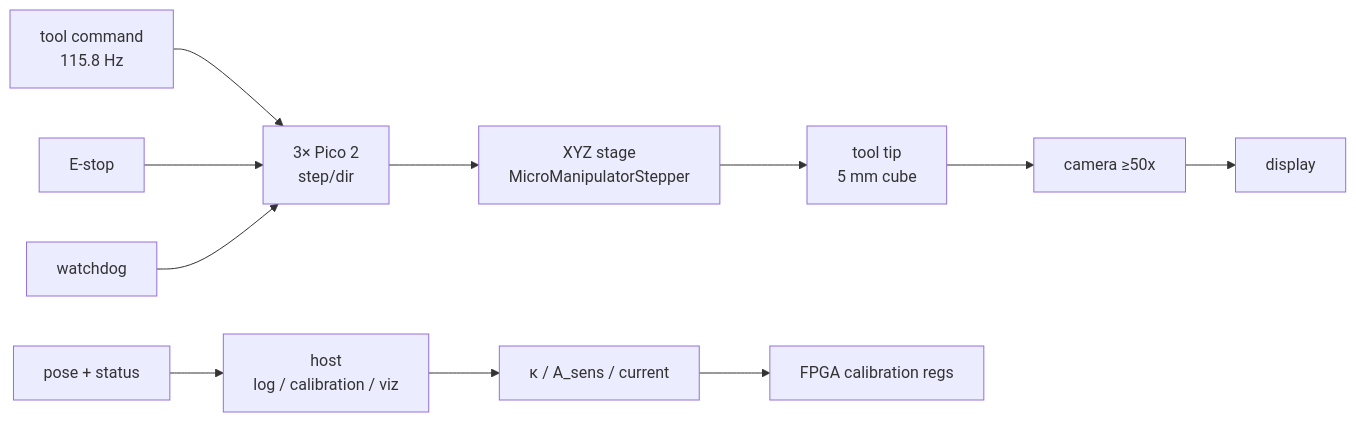
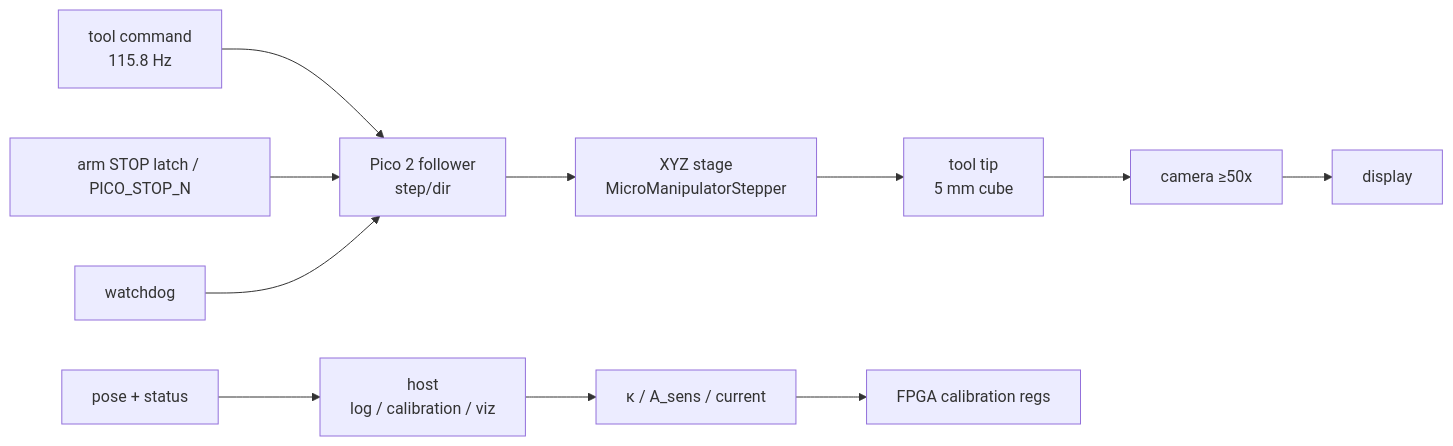
Before and after one commit to poisnoir/Capstone: the sixth of 9 diagrams in docs/phase2/system_flowchart.md, drawn with Mermaid. The commit also changed other lines of this file and 25 other files, not shown here.

````diff
--- a/docs/phase2/system_flowchart.md
+++ b/docs/phase2/system_flowchart.md
@@ -207,13 +214,13 @@
 ```mermaid
 flowchart LR
-  CMD["tool command<br/>115.8 Hz"] --> PICO["3× Pico 2<br/>step/dir"]
+  CMD["tool command<br/>115.8 Hz"] --> PICO["Pico 2 follower<br/>step/dir"]
   PICO --> XYZ["XYZ stage<br/>MicroManipulatorStepper"]
   XYZ --> TIP["tool tip<br/>5 mm cube"]
   CAM["camera ≥50x"] --> VIEW["display"]
   TIP --> CAM
   POSE["pose + status"] --> HOST["host<br/>log / calibration / viz"]
   HOST --> CAL["κ / A_sens / current"]
   CAL --> FPGA["FPGA calibration regs"]
-  ESTOP["E-stop"] --> PICO
+  ESTOP["arm STOP latch / PICO_STOP_N"] --> PICO
   WD["watchdog"] --> PICO
 ```
````
